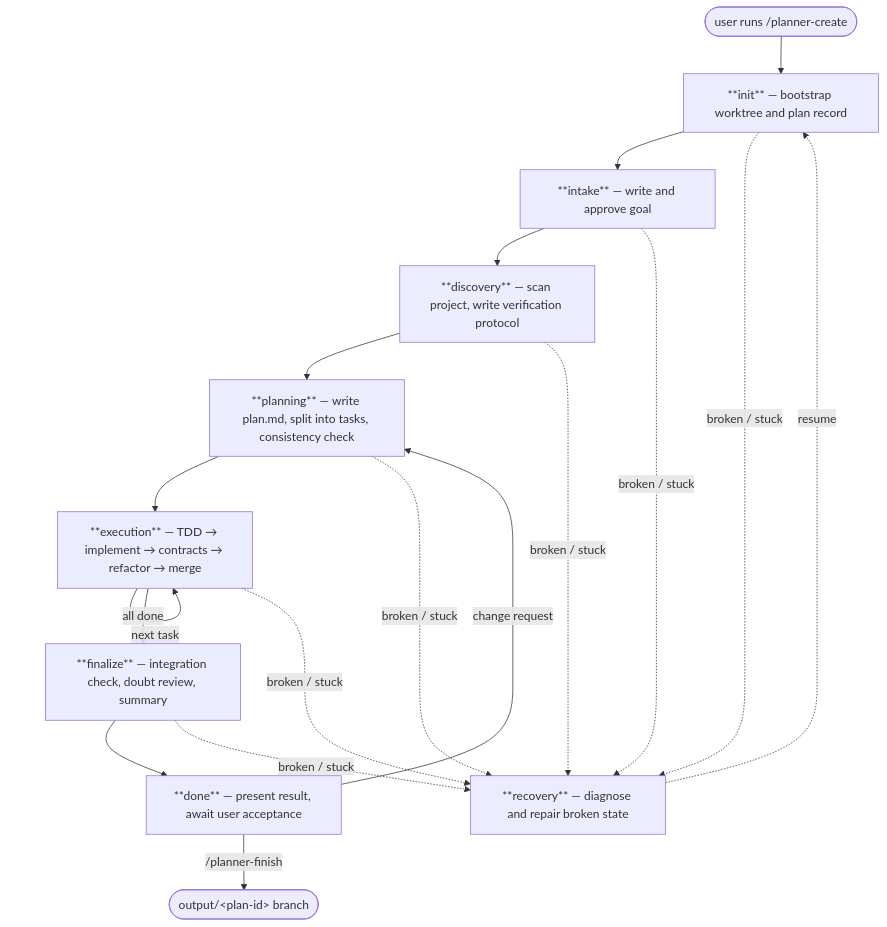
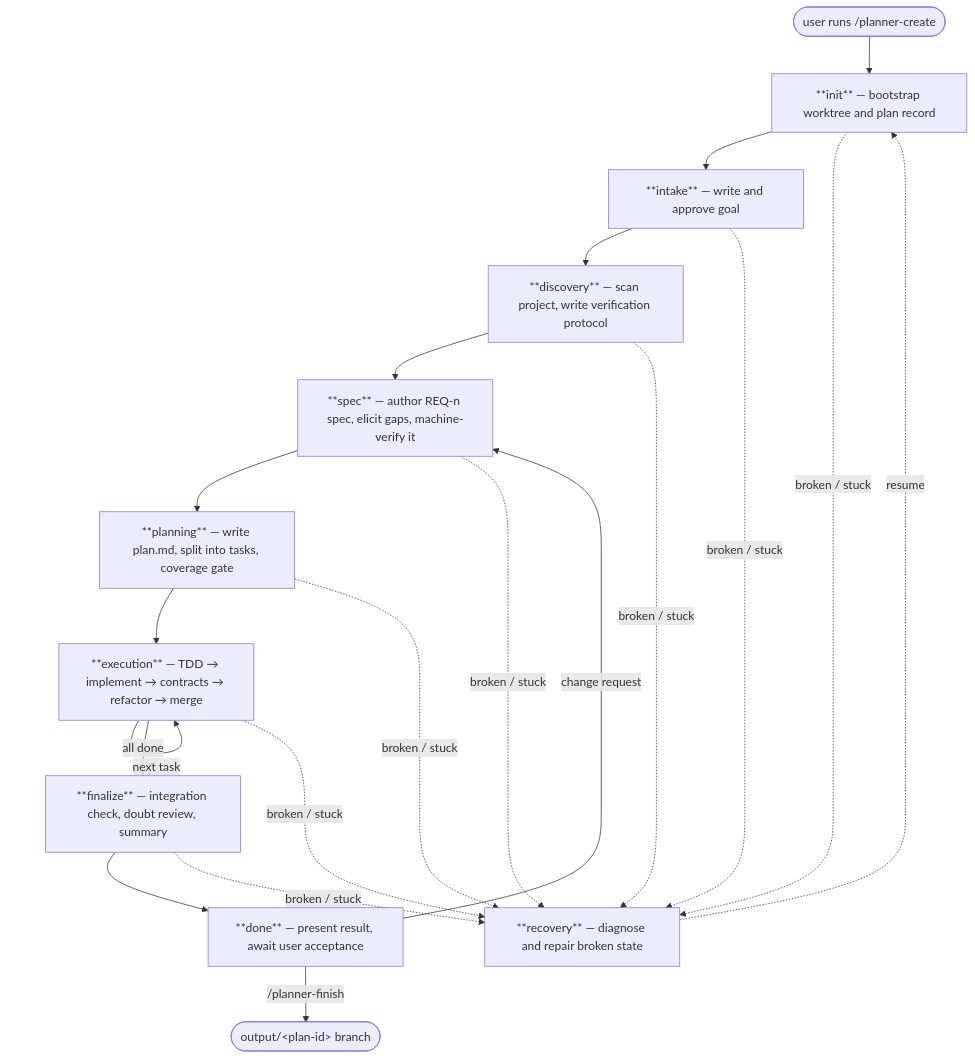
Before and after one commit to m62624/pi-code-planner: the diagram in README.md, drawn with Mermaid. The commit also changed other lines of this file and 80 other files, not shown here.

First line of the commit message:
feat!: enhance SDD layer with spec validation, coverage, and compaction features (#85)

````diff
--- a/README.md
+++ b/README.md
@@ -39,27 +39,29 @@
 ```mermaid
 flowchart TD
     S([user runs /planner-create]) --> INIT
 
     INIT["**init** — bootstrap worktree and plan record"]
     INTAKE["**intake** — write and approve goal"]
     DISCOVERY["**discovery** — scan project, write verification protocol"]
-    PLANNING["**planning** — write plan.md, split into tasks, consistency check"]
+    SPEC["**spec** — author REQ-n spec, elicit gaps, machine-verify it"]
+    PLANNING["**planning** — write plan.md, split into tasks, coverage gate"]
     EXECUTION["**execution** — TDD → implement → contracts → refactor → merge"]
     FINALIZE["**finalize** — integration check, doubt review, summary"]
     DONE["**done** — present result, await user acceptance"]
     RECOVERY["**recovery** — diagnose and repair broken state"]
     OUT([output/&lt;plan-id&gt; branch])
 
     INIT --> INTAKE
     INTAKE --> DISCOVERY
-    DISCOVERY --> PLANNING
+    DISCOVERY --> SPEC
+    SPEC --> PLANNING
     PLANNING --> EXECUTION
     EXECUTION -->|"next task"| EXECUTION
     EXECUTION -->|"all done"| FINALIZE
     FINALIZE --> DONE
     DONE -->|"/planner-finish"| OUT
-    DONE -->|"change request"| PLANNING
+    DONE -->|"change request"| SPEC
 
-    INIT & INTAKE & DISCOVERY & PLANNING & EXECUTION & FINALIZE -.->|"broken / stuck"| RECOVERY
+    INIT & INTAKE & DISCOVERY & SPEC & PLANNING & EXECUTION & FINALIZE -.->|"broken / stuck"| RECOVERY
     RECOVERY -.->|"resume"| INIT
 ```
````
